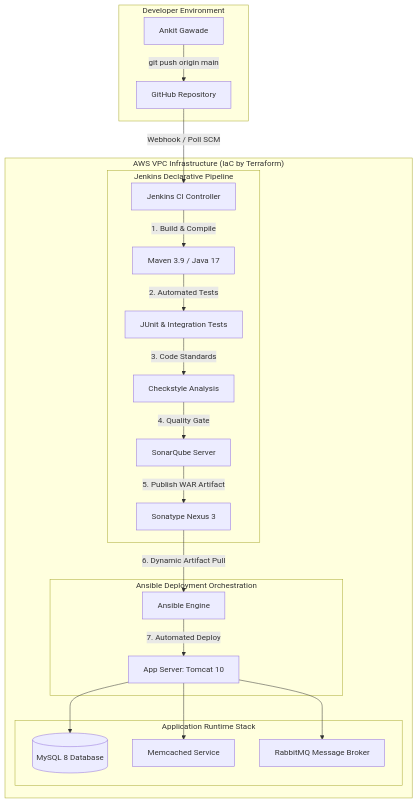
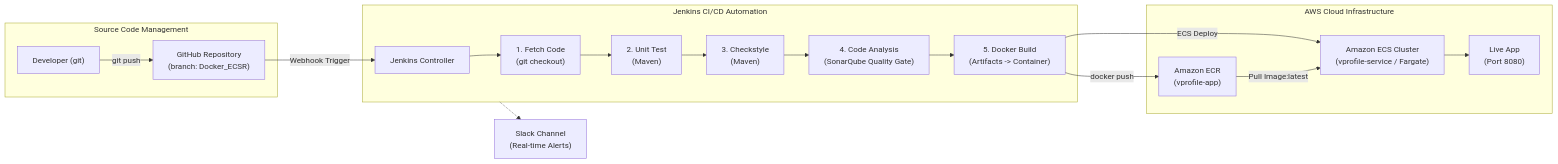
The diagram in README.md (gawadeAnkit/Jenkins), drawn with Mermaid before and after one commit. The commit also changed other lines of this file and 5 other files, not shown here.

Commit message:
feat(container): implement Docker, Amazon ECR and Amazon ECS CI/CD architecture

````diff
--- a/README.md
+++ b/README.md
@@ -24,29 +23,25 @@
 ```mermaid
-flowchart TD
-    subgraph Developer_Workstation["Developer Environment"]
-        Dev[Ankit Gawade] -->|git push origin main| GitHub[GitHub Repository]
+flowchart LR
+    subgraph DevEnv["Source Code Management"]
+        Dev["Developer (git)"] -->|git push| GitHub["GitHub Repository\n(branch: Docker_ECSR)"]
     end
 
-    subgraph AWS_Cloud["AWS VPC Infrastructure (IaC by Terraform)"]
-        GitHub -->|Webhook / Poll SCM| Jenkins[Jenkins CI Controller]
+    subgraph CI["Jenkins CI/CD Automation"]
+        GitHub -->|Webhook Trigger| Jenkins["Jenkins Controller"]
+        
+        Jenkins --> S1["1. Fetch Code\n(git checkout)"]
+        S1 --> S2["2. Unit Test\n(Maven)"]
+        S2 --> S3["3. Checkstyle\n(Maven)"]
+        S3 --> S4["4. Code Analysis\n(SonarQube Quality Gate)"]
+        S4 --> S5["5. Docker Build\n(Artifacts -> Container)"]
+    end
 
-        subgraph CI_Pipeline["Jenkins Declarative Pipeline"]
-            Jenkins -->|1. Build & Compile| Maven[Maven 3.9 / Java 17]
-            Maven -->|2. Automated Tests| Tests[JUnit & Integration Tests]
-            Tests -->|3. Code Standards| Checkstyle[Checkstyle Analysis]
-            Checkstyle -->|4. Quality Gate| Sonar[SonarQube Server]
-            Sonar -->|5. Publish WAR Artifact| Nexus[Sonatype Nexus 3]
-        end
+    subgraph AWS["AWS Cloud Infrastructure"]
+        S5 -->|docker push| ECR["Amazon ECR\n(vprofile-app)"]
+        S5 -->|ECS Deploy| ECS["Amazon ECS Cluster\n(vprofile-service / Fargate)"]
+        ECR -->|Pull Image:latest| ECS
+        ECS --> App["Live App\n(Port 8080)"]
+    end
 
-        subgraph CD_Pipeline["Ansible Deployment Orchestration"]
-            Nexus -->|6. Dynamic Artifact Pull| Ansible[Ansible Engine]
-            Ansible -->|7. Automated Deploy| AppServer[App Server: Tomcat 10]
-        end
-
-        subgraph App_Backend["Application Runtime Stack"]
-            AppServer --> MySQL[(MySQL 8 Database)]
-            AppServer --> Memcached[Memcached Service]
-            AppServer --> RabbitMQ[RabbitMQ Message Broker]
-        end
-    end
+    CI -.-> Slack["Slack Channel\n(Real-time Alerts)"]
 ```
````
